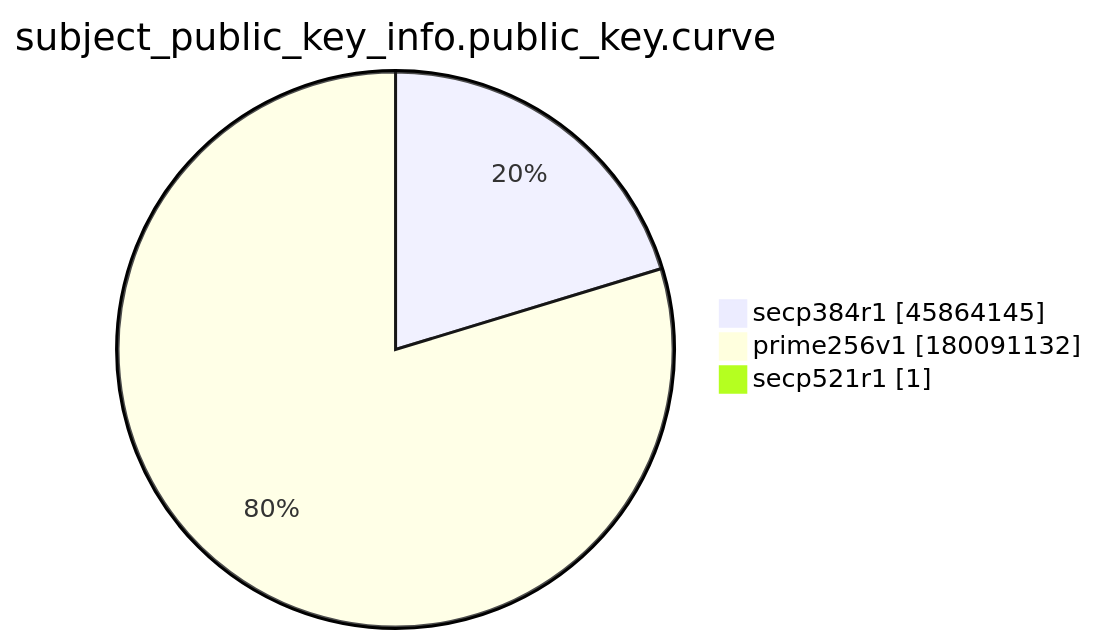
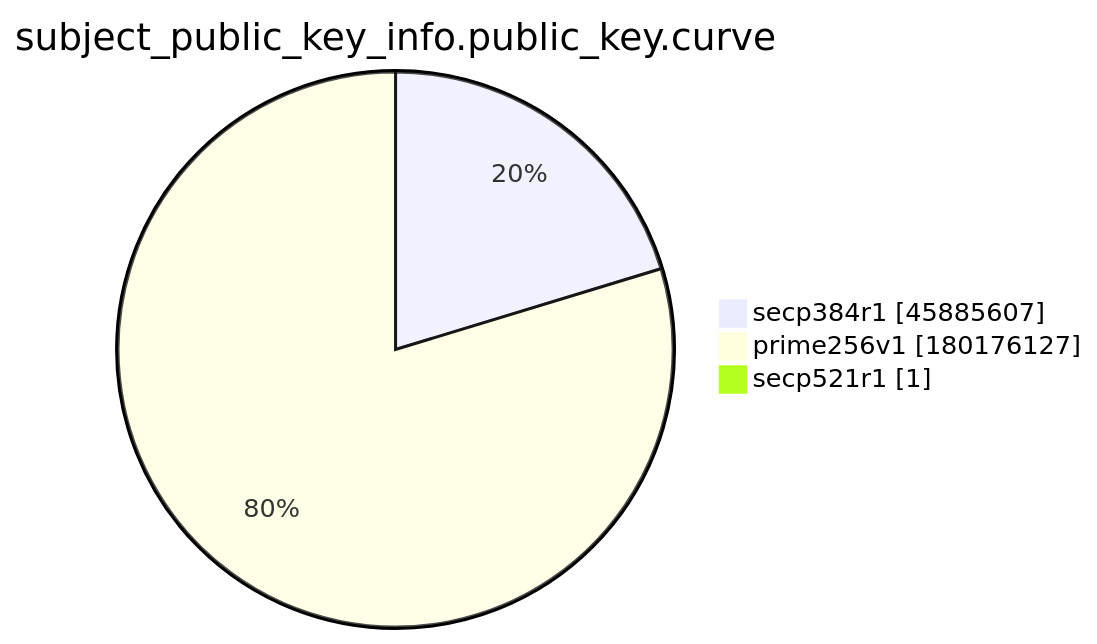
Before and after one commit to christiankrug/ctmonitor_visualization: the ninth of 15 diagrams in xenon2022/README.md, drawn with Mermaid. The commit also changed other lines of this file, not shown here.

````diff
--- a/xenon2022/README.md
+++ b/xenon2022/README.md
@@ -2873,7 +2873,7 @@
 ```mermaid
 pie showData
 title subject_public_key_info.public_key.curve
-"secp384r1" :45864145
-"prime256v1" :180091132
+"secp384r1" :45885607
+"prime256v1" :180176127
 "secp521r1" :1
 ```
````
